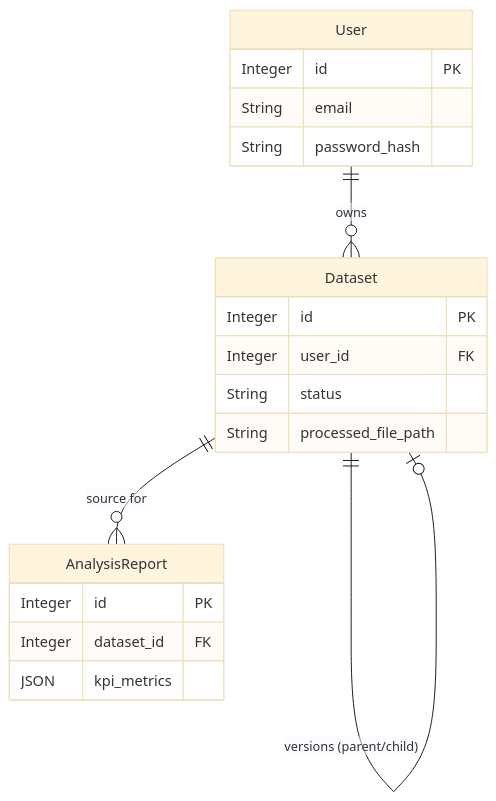
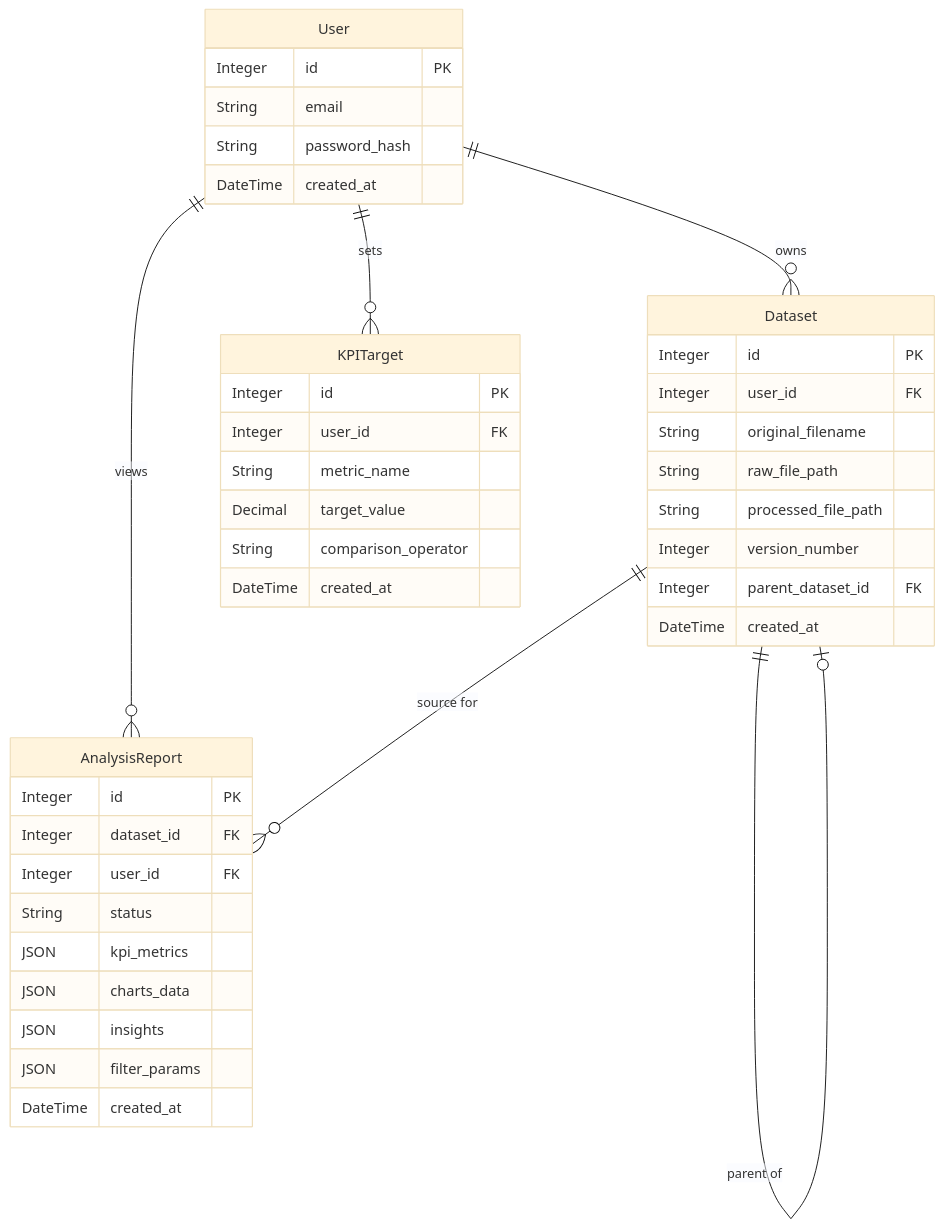
Before and after one commit to AdagamovNikita/ADA.BI: the fourth of 4 diagrams in README.md, drawn with Mermaid (base theme). The commit also changed other lines of this file, not shown here.

````diff
--- a/README.md
+++ b/README.md
@@ -112,22 +119,44 @@
 ```mermaid
 erDiagram
     User {
         Integer id PK
         String email
         String password_hash
+        DateTime created_at
     }
     Dataset {
         Integer id PK
         Integer user_id FK
-        String status
+        String original_filename
+        String raw_file_path
         String processed_file_path
+        Integer version_number
+        Integer parent_dataset_id FK
+        DateTime created_at
     }
     AnalysisReport {
         Integer id PK
         Integer dataset_id FK
+        Integer user_id FK
+        String status
         JSON kpi_metrics
+        JSON charts_data
+        JSON insights
+        JSON filter_params
+        DateTime created_at
     }
+    KPITarget {
+        Integer id PK
+        Integer user_id FK
+        String metric_name
+        Decimal target_value
+        String comparison_operator
+        DateTime created_at
+    }
+
     User ||--o{ Dataset : "owns"
+    User ||--o{ KPITarget : "sets"
+    User ||--o{ AnalysisReport : "views"
     Dataset ||--o{ AnalysisReport : "source for"
-    Dataset ||--o| Dataset : "versions (parent/child)"
+    Dataset ||--o| Dataset : "parent of"
 ```
````
